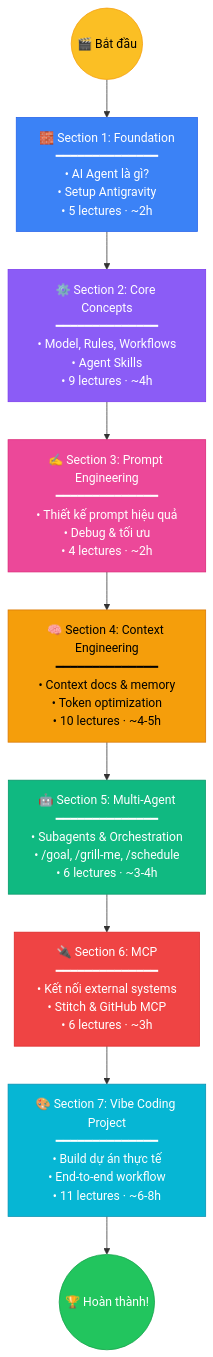
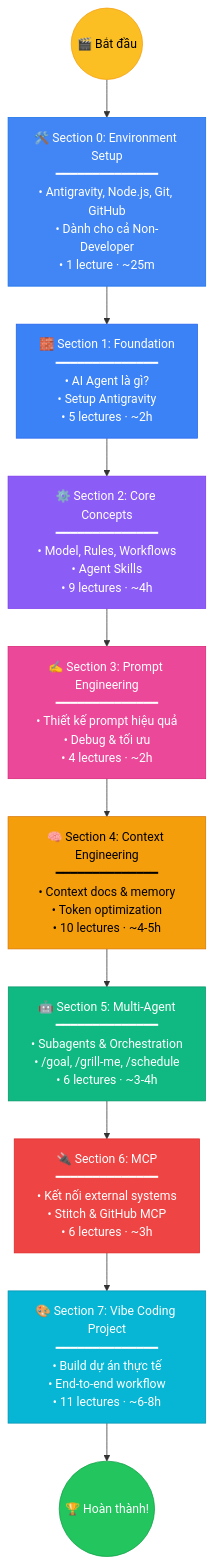
Before and after one commit to thanhmati/antigravity-vibe-coding-course: the first of 3 diagrams in docs/ROADMAP.md, drawn with Mermaid. The commit also changed 8 other files, not shown here.

Commit message:
docs: add environment setup section and update roadmap and summary

````diff
--- a/docs/ROADMAP.md
+++ b/docs/ROADMAP.md
@@ -9,30 +9,33 @@
 ```mermaid
 graph TD
-    START(("🎬 Bắt đầu")) --> S1
+    START(("🎬 Bắt đầu")) --> S0
 
-    S1["🧱 Section 1: Foundation\n━━━━━━━━━━━━━━\n• AI Agent là gì?\n• Setup Antigravity\n• 5 lectures · ~2h"]
+    S0["🛠️ Section 0: Environment Setup\n━━━━━━━━━━━━━━\n• Antigravity, Node.js, Git, GitHub\n• Dành cho cả Non-Developer\n• 1 lecture · ~25m"]
+
+    S0 --> S1["🧱 Section 1: Foundation\n━━━━━━━━━━━━━━\n• AI Agent là gì?\n• Setup Antigravity\n• 5 lectures · ~2h"]
 
     S1 --> S2["⚙️ Section 2: Core Concepts\n━━━━━━━━━━━━━━\n• Model, Rules, Workflows\n• Agent Skills\n• 9 lectures · ~4h"]
 
     S2 --> S3["✍️ Section 3: Prompt Engineering\n━━━━━━━━━━━━━━\n• Thiết kế prompt hiệu quả\n• Debug & tối ưu\n• 4 lectures · ~2h"]
 
     S3 --> S4["🧠 Section 4: Context Engineering\n━━━━━━━━━━━━━━\n• Context docs & memory\n• Token optimization\n• 10 lectures · ~4-5h"]
 
     S4 --> S5["🤖 Section 5: Multi-Agent\n━━━━━━━━━━━━━━\n• Subagents & Orchestration\n• /goal, /grill-me, /schedule\n• 6 lectures · ~3-4h"]
 
     S5 --> S6["🔌 Section 6: MCP\n━━━━━━━━━━━━━━\n• Kết nối external systems\n• Stitch & GitHub MCP\n• 6 lectures · ~3h"]
 
     S6 --> S7["🎨 Section 7: Vibe Coding Project\n━━━━━━━━━━━━━━\n• Build dự án thực tế\n• End-to-end workflow\n• 11 lectures · ~6-8h"]
 
     S7 --> FINISH(("🏆 Hoàn thành!"))
 
     style START fill:#fbbf24,stroke:#f59e0b,color:#000
+    style S0 fill:#4285F4,stroke:#1a73e8,color:#fff
     style S1 fill:#3b82f6,stroke:#2563eb,color:#fff
     style S2 fill:#8b5cf6,stroke:#7c3aed,color:#fff
     style S3 fill:#ec4899,stroke:#db2777,color:#fff
     style S4 fill:#f59e0b,stroke:#d97706,color:#000
     style S5 fill:#10b981,stroke:#059669,color:#fff
     style S6 fill:#ef4444,stroke:#dc2626,color:#fff
     style S7 fill:#06b6d4,stroke:#0891b2,color:#fff
     style FINISH fill:#22c55e,stroke:#16a34a,color:#fff
 ```
````
